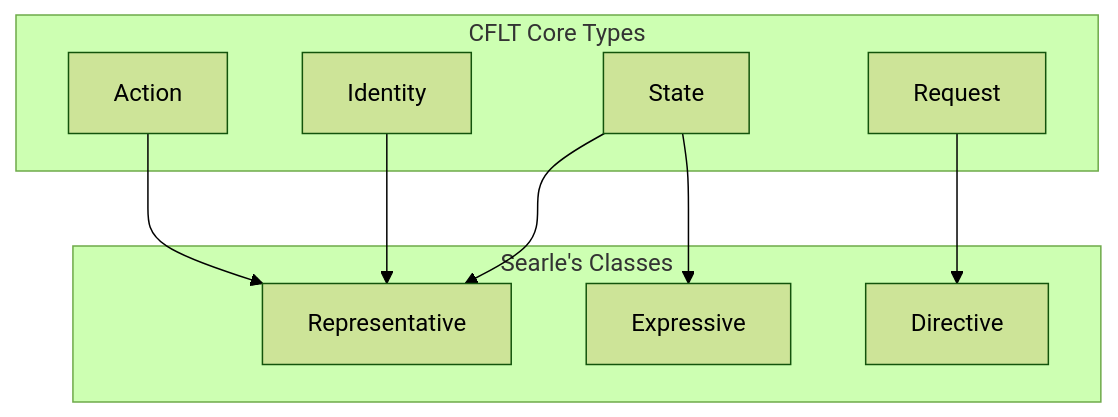
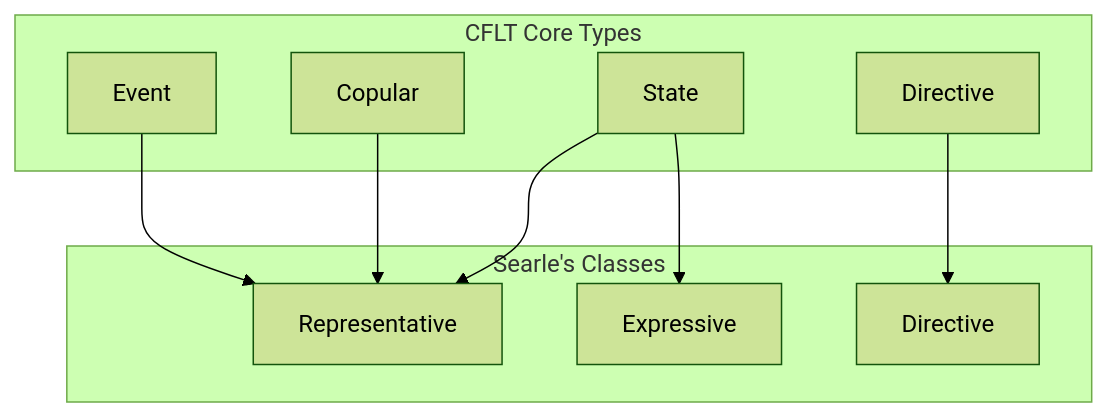
Before and after one commit to corefirst/cflt: the second of 3 diagrams in docs/en/foundations/logic.md, drawn with Mermaid (forest theme). The commit also changed other lines of this file and 26 other files, not shown here.

````diff
--- a/docs/en/foundations/logic.md
+++ b/docs/en/foundations/logic.md
@@ -110,21 +110,21 @@
 ```mermaid
 graph TD
     subgraph "Searle's Classes"
     R[Representative]
     D[Directive]
     E[Expressive]
     end
     
     subgraph "CFLT Core Types"
-    C1[Action]
-    C2[Identity]
+    C1[Event]
+    C2[Copular]
     C3[State]
-    C4[Request]
+    C4[Directive]
     end
     
     C1 --> R
     C2 --> R
     C3 --> R
     C3 --> E
     C4 --> D
 ```
````
